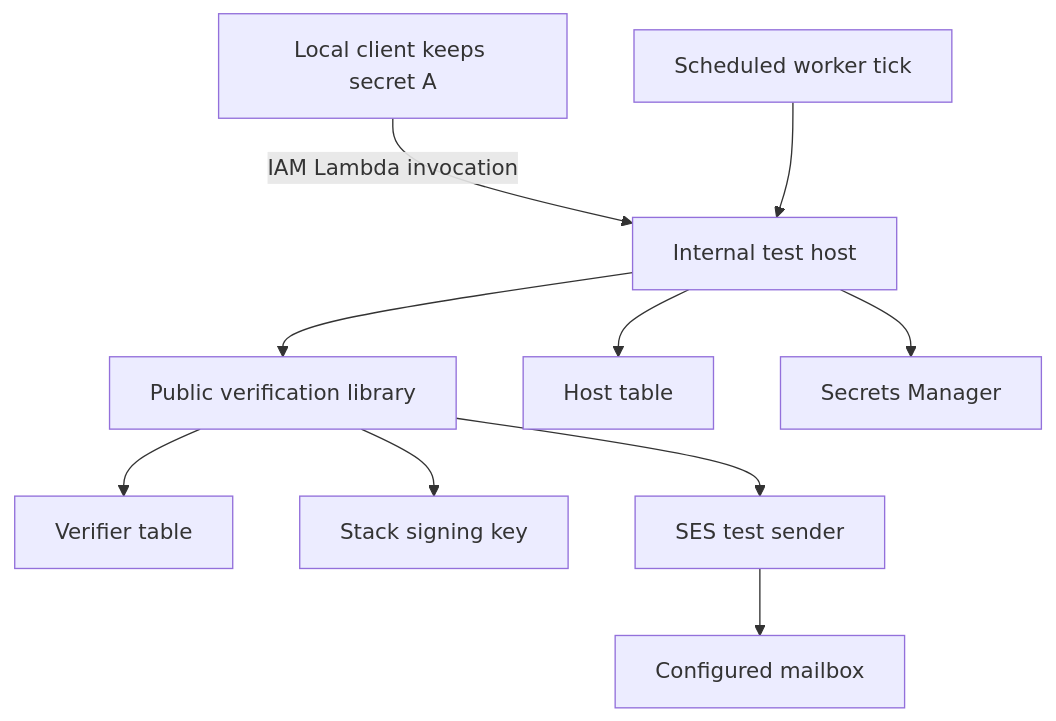
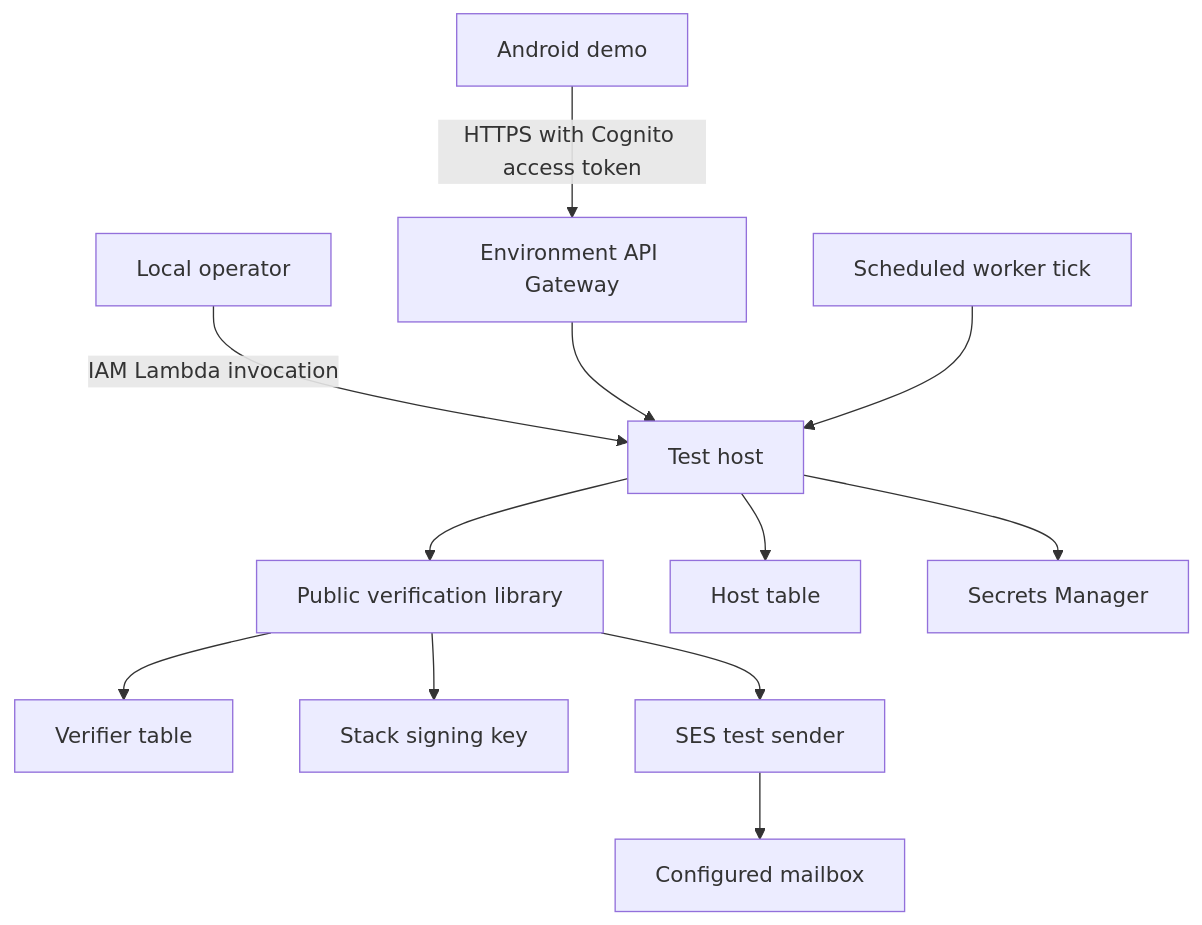
Before and after one commit to lambdawalker/go.apexfission.aws.email-verification: the first of 2 diagrams in docs/design/test-host.md, drawn with Mermaid. The commit also changed other lines of this file and 15 other files, not shown here.

Commit message:
Add per-environment HTTPS endpoints for the email verification mobile demo

````diff
--- a/docs/design/test-host.md
+++ b/docs/design/test-host.md
@@ -22,12 +23,14 @@
 ```mermaid
 flowchart TD
-    C["Local client keeps secret A"] -->|"IAM Lambda invocation"| H["Internal test host"]
+    C["Local operator"] -->|"IAM Lambda invocation"| H["Test host"]
+    A["Android demo"] -->|"HTTPS with Cognito access token"| G["Environment API Gateway"]
+    G --> H
     E["Scheduled worker tick"] --> H
     H --> L["Public verification library"]
     H --> D["Host table"]
     L --> V["Verifier table"]
     L --> K["Stack signing key"]
     L --> M["SES test sender"]
     M --> R["Configured mailbox"]
     H --> S["Secrets Manager"]
 ```
````
